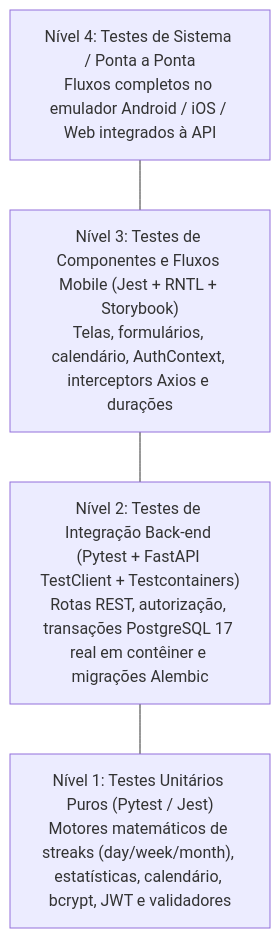
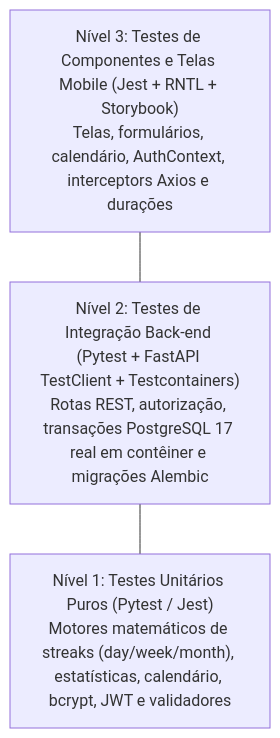
Before and after one commit to FGA0138-MDS-Ajax/2026.2-T02-Shannon: the diagram in docs/testes/estrategia-testes.md, drawn with Mermaid. The commit also changed other lines of this file and 4 other files, not shown here.

````diff
--- a/docs/testes/estrategia-testes.md
+++ b/docs/testes/estrategia-testes.md
@@ -11,9 +11,8 @@
 ```mermaid
 flowchart TB
-    L4["Nível 4: Testes de Sistema / Ponta a Ponta\nFluxos completos no emulador Android / iOS / Web integrados à API"]
-    L3["Nível 3: Testes de Componentes e Fluxos Mobile (Jest + RNTL + Storybook)\nTelas, formulários, calendário, AuthContext, interceptors Axios e durações"]
+    L3["Nível 3: Testes de Componentes e Telas Mobile (Jest + RNTL + Storybook)\nTelas, formulários, calendário, AuthContext, interceptors Axios e durações"]
     L2["Nível 2: Testes de Integração Back-end (Pytest + FastAPI TestClient + Testcontainers)\nRotas REST, autorização, transações PostgreSQL 17 real em contêiner e migrações Alembic"]
     L1["Nível 1: Testes Unitários Puros (Pytest / Jest)\nMotores matemáticos de streaks (day/week/month), estatísticas, calendário, bcrypt, JWT e validadores"]
 
-    L4 --- L3 --- L2 --- L1
+    L3 --- L2 --- L1
 ```
````
